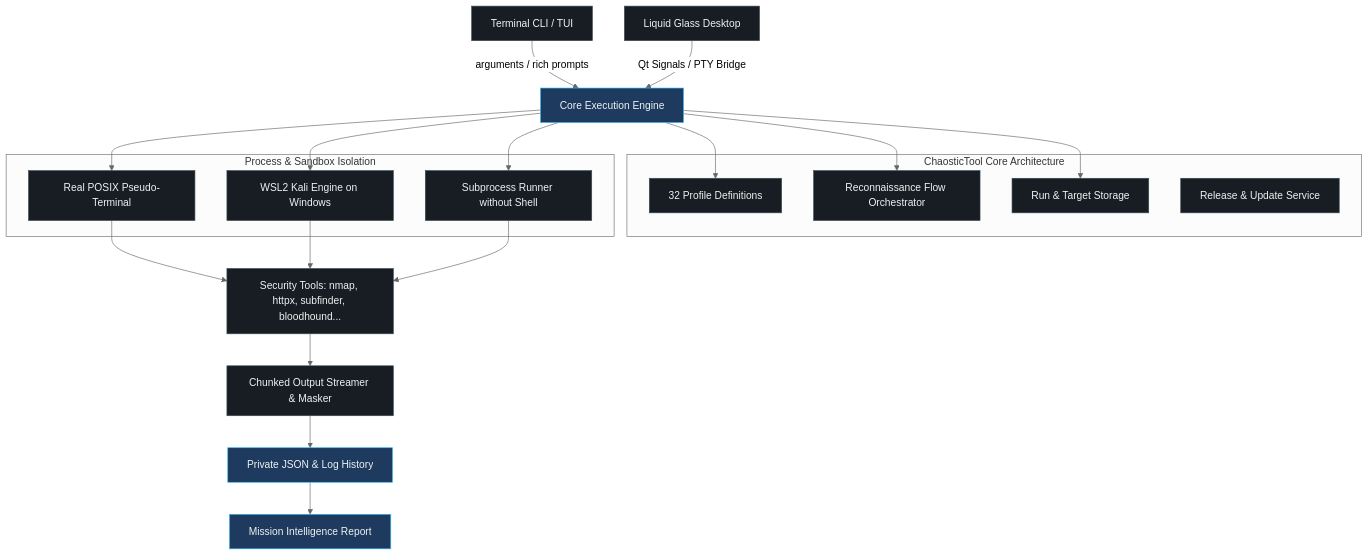
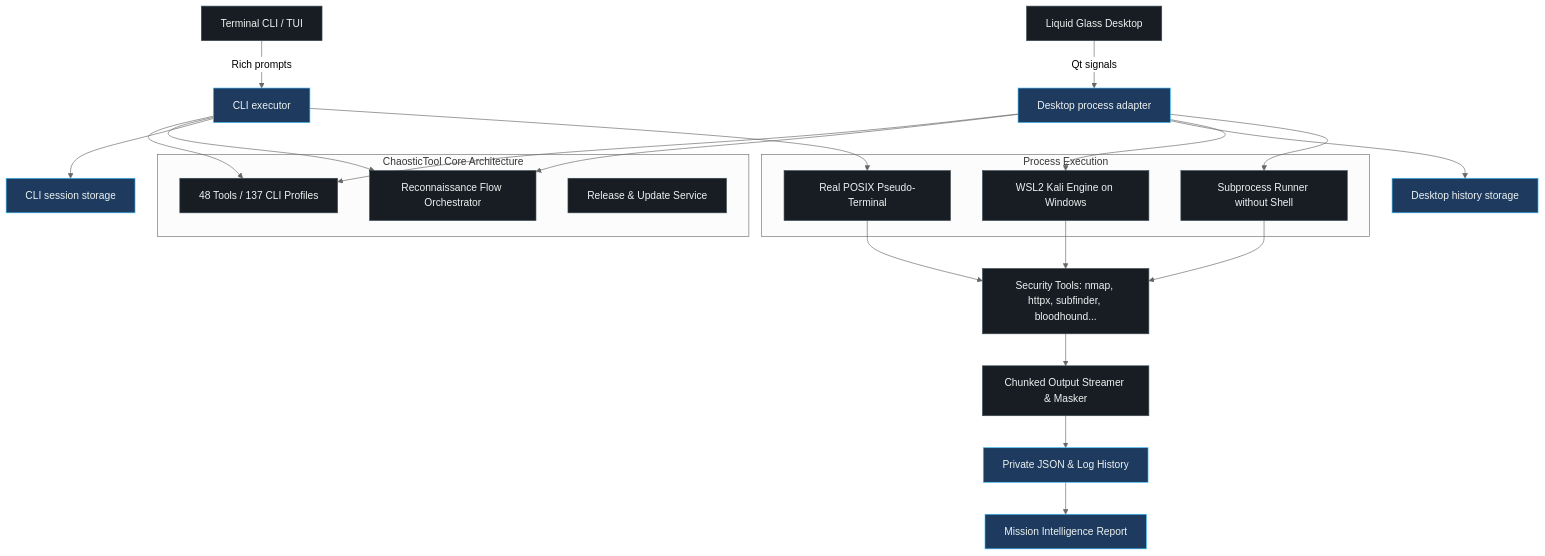
One commit to Chaos-Tic/Chaostic-Tool changed the diagram in docs/ARCHITECTURE.md. Above: the diagram before and after it, drawn with Mermaid (neutral theme). The commit also changed other lines of this file and 20 other files, not shown here.

````diff
--- a/docs/ARCHITECTURE.md
+++ b/docs/ARCHITECTURE.md
@@ -10,39 +11,41 @@
 ```mermaid
 flowchart TD
-    UserCLI[Terminal CLI / TUI] -->|arguments / rich prompts| CoreExecutor[Core Execution Engine]
-    UserGUI[Liquid Glass Desktop] -->|Qt Signals / PTY Bridge| CoreExecutor
+    UserCLI[Terminal CLI / TUI] -->|Rich prompts| CliExecutor[CLI executor]
+    UserGUI[Liquid Glass Desktop] -->|Qt signals| DesktopRunner[Desktop process adapter]
     
     subgraph Core[ChaosticTool Core Architecture]
-        CoreProfiles[32 Profile Definitions]
+        CoreProfiles[48 Tools / 137 CLI Profiles]
         CoreFlows[Reconnaissance Flow Orchestrator]
-        CoreStorage[Run & Target Storage]
         CoreUpdate[Release & Update Service]
     end
     
-    CoreExecutor --> CoreProfiles
-    CoreExecutor --> CoreFlows
-    CoreExecutor --> CoreStorage
+    CliExecutor --> CoreProfiles
+    CliExecutor --> CoreFlows
+    DesktopRunner --> CoreProfiles
+    DesktopRunner --> CoreFlows
+    CliExecutor --> CliStorage[CLI session storage]
+    DesktopRunner --> DesktopStorage[Desktop history storage]
     
-    subgraph Execution[Process & Sandbox Isolation]
+    subgraph Execution[Process Execution]
         PTY[Real POSIX Pseudo-Terminal]
         WSL[WSL2 Kali Engine on Windows]
         Direct[Subprocess Runner without Shell]
     end
     
-    CoreExecutor --> PTY
-    CoreExecutor --> WSL
-    CoreExecutor --> Direct
+    CliExecutor --> PTY
+    DesktopRunner --> WSL
+    DesktopRunner --> Direct
     
     PTY --> Tool[Security Tools: nmap, httpx, subfinder, bloodhound...]
     WSL --> Tool
     Direct --> Tool
     
     Tool --> Stream[Chunked Output Streamer & Masker]
     Stream --> Storage[Private JSON & Log History]
     Storage --> Report[Mission Intelligence Report]
 
     classDef base fill:#171d23,stroke:#3b4c54,color:#edf3f1
     classDef accent fill:#1e3a5f,stroke:#38bdf8,color:#edf3f1
-    class UserCLI,UserGUI,CoreProfiles,CoreFlows,CoreStorage,CoreUpdate,PTY,WSL,Direct,Tool,Stream base
-    class CoreExecutor,Storage,Report accent
+    class UserCLI,UserGUI,CoreProfiles,CoreFlows,CoreUpdate,PTY,WSL,Direct,Tool,Stream base
+    class CliExecutor,DesktopRunner,CliStorage,DesktopStorage,Storage,Report accent
 ```
````
